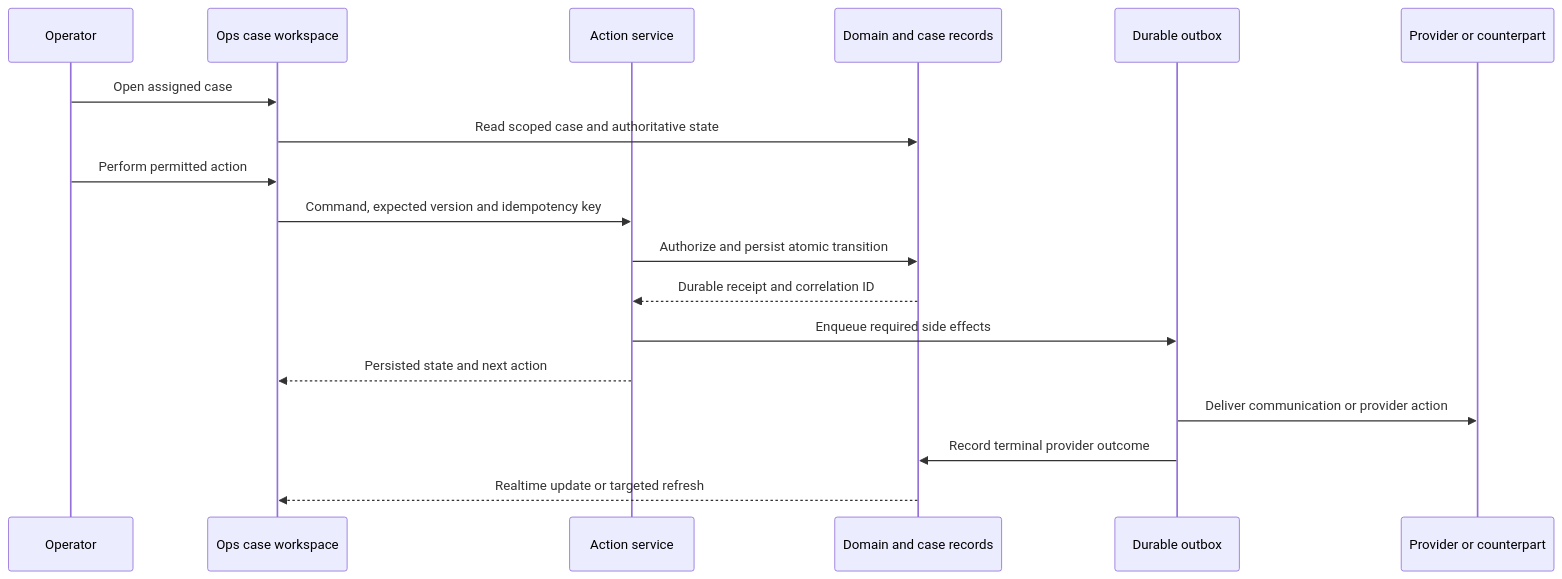
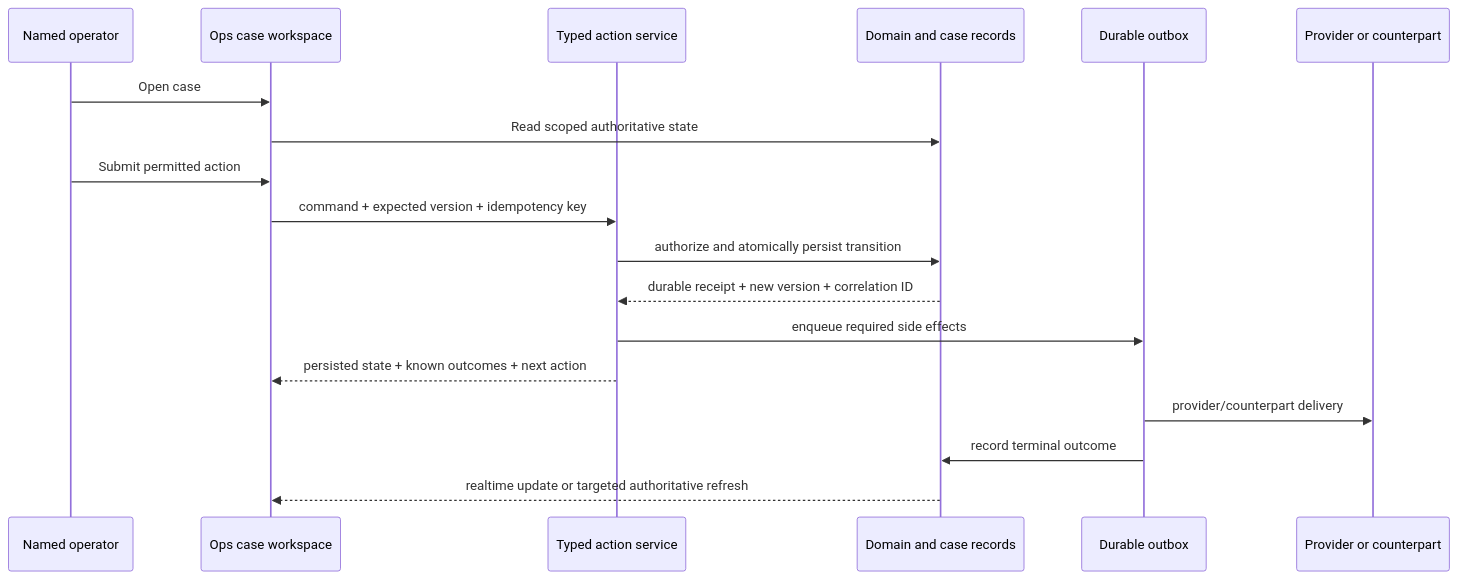
The diagram in docs/drapeon-ops-control-plane-post-submission-rebuild.md (Drape-ltd/drape), drawn with Mermaid before and after one commit. The commit also changed other lines of this file and 243 other files, not shown here.

````diff
--- a/docs/drapeon-ops-control-plane-post-submission-rebuild.md
+++ b/docs/drapeon-ops-control-plane-post-submission-rebuild.md
@@ -374,21 +509,21 @@
 ```mermaid
 sequenceDiagram
-    participant O as Operator
+    participant O as Named operator
     participant UI as Ops case workspace
-    participant A as Action service
+    participant A as Typed action service
     participant DB as Domain and case records
     participant Q as Durable outbox
     participant P as Provider or counterpart
 
-    O->>UI: Open assigned case
-    UI->>DB: Read scoped case and authoritative state
-    O->>UI: Perform permitted action
-    UI->>A: Command, expected version and idempotency key
-    A->>DB: Authorize and persist atomic transition
-    DB-->>A: Durable receipt and correlation ID
-    A->>Q: Enqueue required side effects
-    A-->>UI: Persisted state and next action
-    Q->>P: Deliver communication or provider action
-    Q->>DB: Record terminal provider outcome
-    DB-->>UI: Realtime update or targeted refresh
+    O->>UI: Open case
+    UI->>DB: Read scoped authoritative state
+    O->>UI: Submit permitted action
+    UI->>A: command + expected version + idempotency key
+    A->>DB: authorize and atomically persist transition
+    DB-->>A: durable receipt + new version + correlation ID
+    A->>Q: enqueue required side effects
+    A-->>UI: persisted state + known outcomes + next action
+    Q->>P: provider/counterpart delivery
+    Q->>DB: record terminal outcome
+    DB-->>UI: realtime update or targeted authoritative refresh
 ```
````
